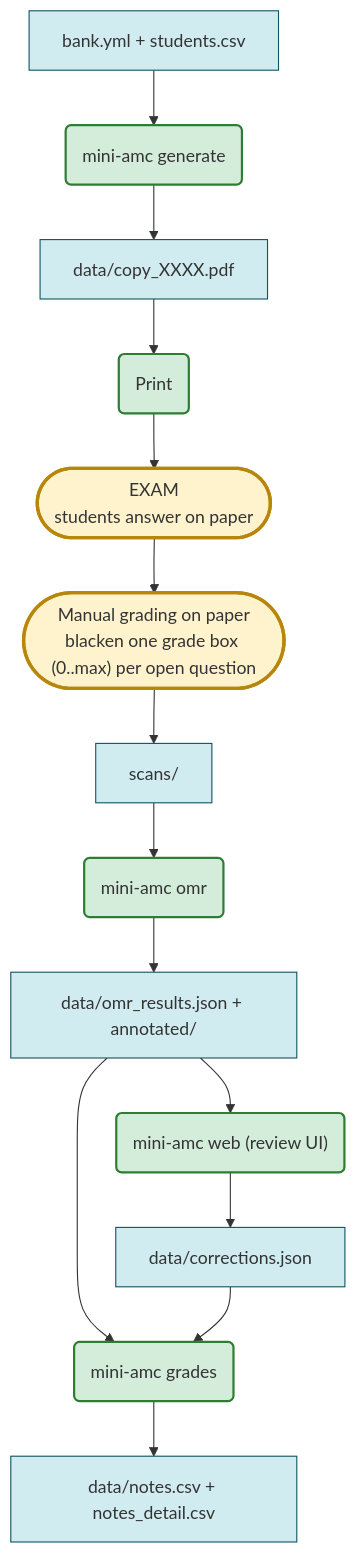
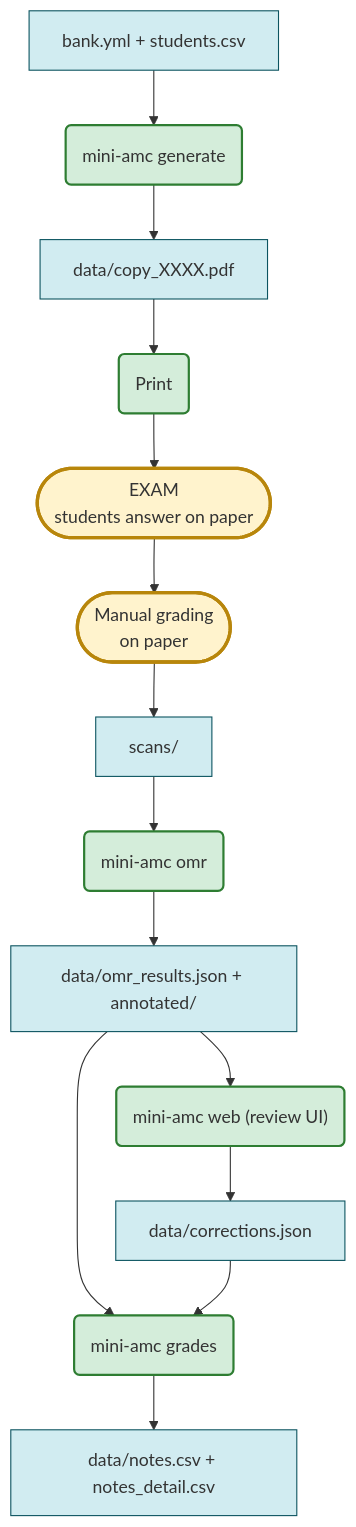
The diagram in README.md (boileaum/mini-amc), drawn with Mermaid before and after one commit. The commit also changed 3 other files, not shown here.

First line of the commit message:
Shorten Mermaid manual-grading label; align sources with review-UI-for-doubts-only

````diff
--- a/README.md
+++ b/README.md
@@ -32,21 +32,21 @@
 ```mermaid
 flowchart TD
   classDef exam fill:#fff3cd,stroke:#b8860b,stroke-width:3px
   classDef tool fill:#d4edda,stroke:#2e7d32,stroke-width:2px
   classDef data fill:#d1ecf1,stroke:#0c5460
 
   bank["bank.yml + students.csv"]:::data
   bank --> gen("mini-amc generate"):::tool
   gen --> pdf["data/copy_XXXX.pdf"]:::data
   pdf --> print("Print"):::tool
   print --> exam(["EXAM<br/>students answer on paper"]):::exam
-  exam --> manual(["Manual grading on paper<br/>blacken one grade box (0..max) per open question"]):::exam
+  exam --> manual(["Manual grading<br/>on paper"]):::exam
   manual --> scans["scans/"]:::data
   scans --> omr("mini-amc omr"):::tool
   omr --> res["data/omr_results.json + annotated/"]:::data
   res --> web("mini-amc web (review UI)"):::tool
   res --> grades("mini-amc grades"):::tool
   web --> corr["data/corrections.json"]:::data
   corr --> grades
   grades --> notes["data/notes.csv + notes_detail.csv"]:::data
 ```
````
